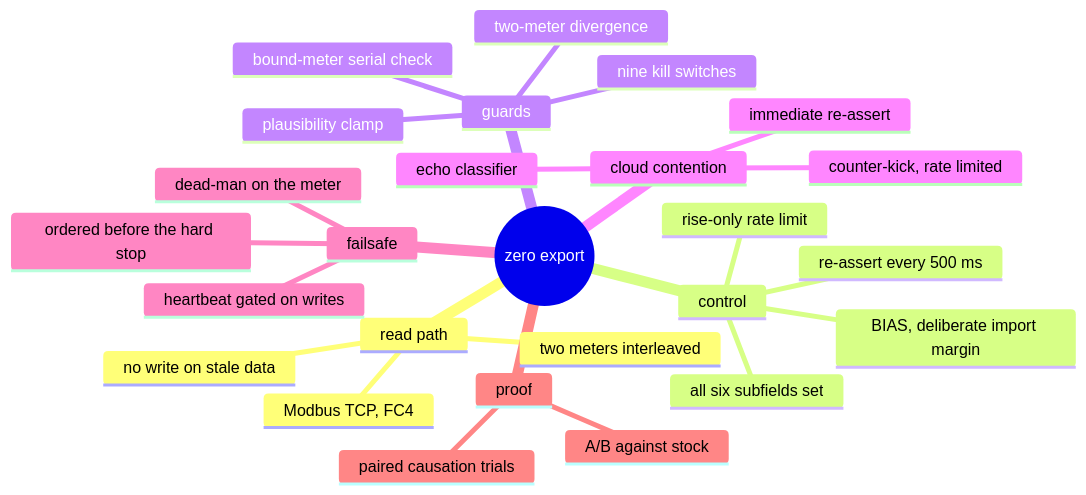
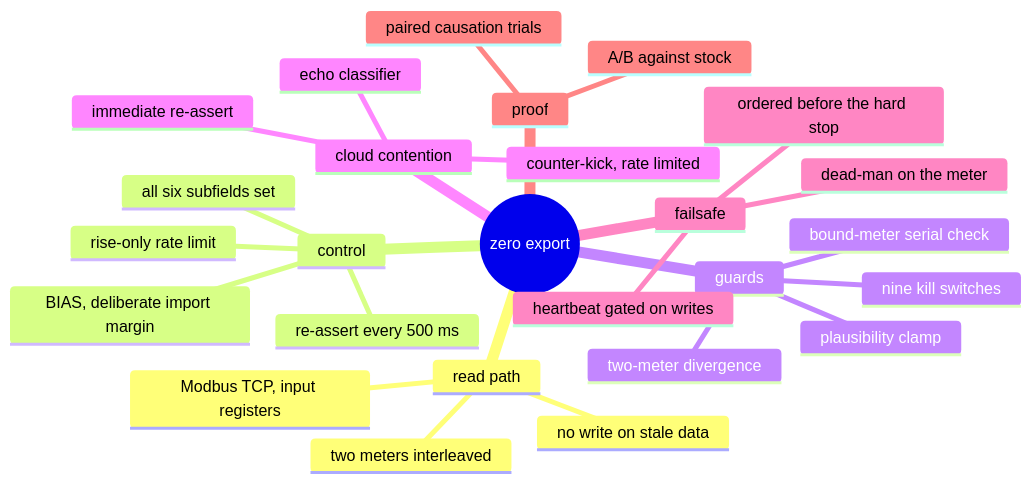
Before and after one commit to phoinixgrr/mastori: the eighth of 17 diagrams in content/posts/ecoflow-zero-export-ble-meter-injection/index.md, drawn with Mermaid. The commit also changed other lines of this file, not shown here.

First line of the commit message:
Spell out Modbus function code 4 instead of writing FC4

```diff
--- a/content/posts/ecoflow-zero-export-ble-meter-injection/index.md
+++ b/content/posts/ecoflow-zero-export-ble-meter-injection/index.md
@@ -251,29 +251,29 @@
 {{< mermaid >}}
 mindmap
   root((zero export))
     read path
-      Modbus TCP, FC4
+      Modbus TCP, input registers
       two meters interleaved
       no write on stale data
     control
       BIAS, deliberate import margin
       rise-only rate limit
       all six subfields set
       re-assert every 500 ms
     guards
       bound-meter serial check
       plausibility clamp
       two-meter divergence
       nine kill switches
     cloud contention
       echo classifier
       immediate re-assert
       counter-kick, rate limited
     failsafe
       dead-man on the meter
       heartbeat gated on writes
       ordered before the hard stop
     proof
       paired causation trials
       A/B against stock
 {{< /mermaid >}}
```
